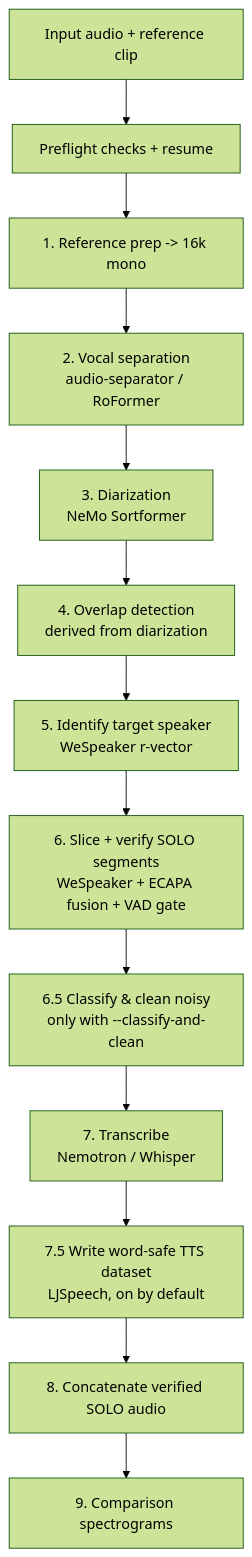
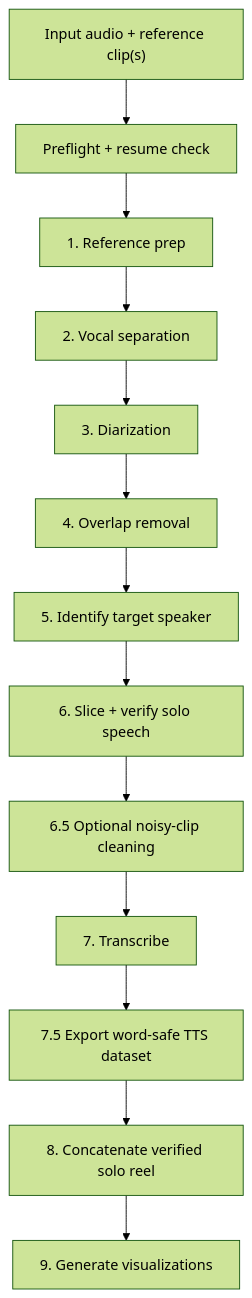
The diagram in README.md (Etherll/Timbre), drawn with Mermaid (forest theme) before and after one commit. The commit also changed other lines of this file and 3 other files, not shown here.

````diff
--- a/README.md
+++ b/README.md
@@ -92,15 +221,15 @@
 ```mermaid
 flowchart TD
-    A[Input audio + reference clip] --> P[Preflight checks + resume]
-    P --> S1[1. Reference prep -> 16k mono]
-    S1 --> S2[2. Vocal separation<br/>audio-separator / RoFormer]
-    S2 --> S3[3. Diarization<br/>NeMo Sortformer]
-    S3 --> S4[4. Overlap detection<br/>derived from diarization]
-    S4 --> S5[5. Identify target speaker<br/>WeSpeaker r-vector]
-    S5 --> S6[6. Slice + verify SOLO segments<br/>WeSpeaker + ECAPA fusion + VAD gate]
-    S6 --> S65[6.5 Classify & clean noisy<br/>only with --classify-and-clean]
-    S65 --> S7[7. Transcribe<br/>Nemotron / Whisper]
-    S7 --> S75[7.5 Write word-safe TTS dataset<br/>LJSpeech, on by default]
-    S75 --> S8[8. Concatenate verified SOLO audio]
-    S8 --> S9[9. Comparison spectrograms]
+    A["Input audio + reference clip(s)"] --> P["Preflight + resume check"]
+    P --> S1["1. Reference prep"]
+    S1 --> S2["2. Vocal separation"]
+    S2 --> S3["3. Diarization"]
+    S3 --> S4["4. Overlap removal"]
+    S4 --> S5["5. Identify target speaker"]
+    S5 --> S6["6. Slice + verify solo speech"]
+    S6 --> S65["6.5 Optional noisy-clip cleaning"]
+    S65 --> S7["7. Transcribe"]
+    S7 --> S75["7.5 Export word-safe TTS dataset"]
+    S75 --> S8["8. Concatenate verified solo reel"]
+    S8 --> S9["9. Generate visualizations"]
 ```
````
